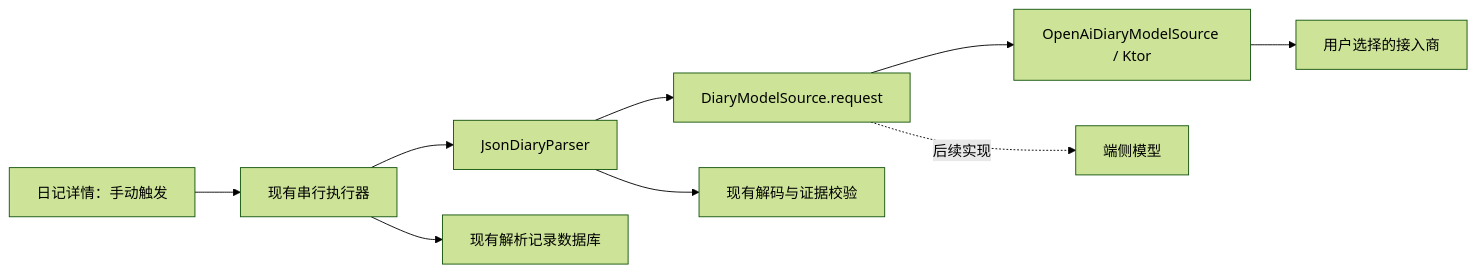
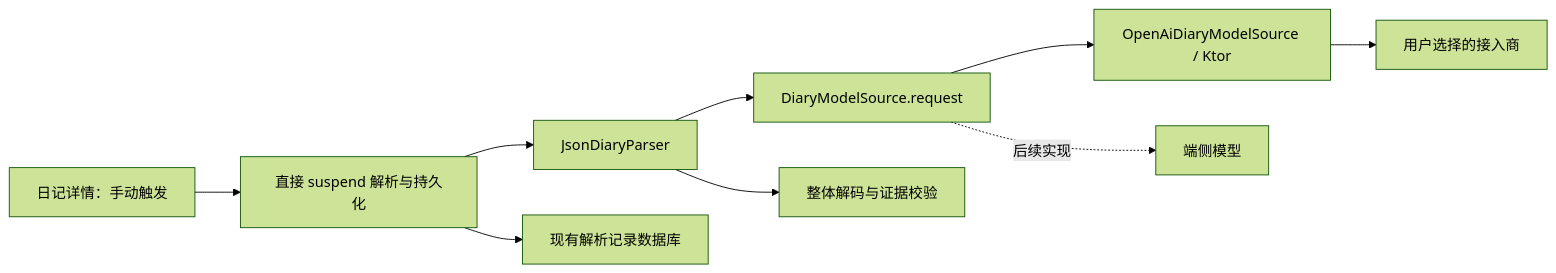
Before and after one commit to POLARIS0824/FitLog: the diagram in docs/[TODO]ai-parsing-implementation.md, drawn with Mermaid (forest theme). The commit also changed other lines of this file and 8 other files, not shown here.

Commit message:
docs: align verification docs with explicit scan and parse flow

````diff
--- a/docs/[TODO]ai-parsing-implementation.md
+++ b/docs/[TODO]ai-parsing-implementation.md
@@ -11,11 +11,11 @@
 ```mermaid
 flowchart LR
-    UI[日记详情：手动触发] --> Queue[现有串行执行器]
-    Queue --> Parser[JsonDiaryParser]
+    UI[日记详情：手动触发] --> Repo[直接 suspend 解析与持久化]
+    Repo --> Parser[JsonDiaryParser]
     Parser --> Source[DiaryModelSource.request]
     Source --> HTTP[OpenAiDiaryModelSource / Ktor]
     Source -. 后续实现 .-> Local[端侧模型]
     HTTP --> Provider[用户选择的接入商]
-    Parser --> Validator[现有解码与证据校验]
-    Queue --> DB[现有解析记录数据库]
+    Parser --> Validator[整体解码与证据校验]
+    Repo --> DB[现有解析记录数据库]
 ```
````
